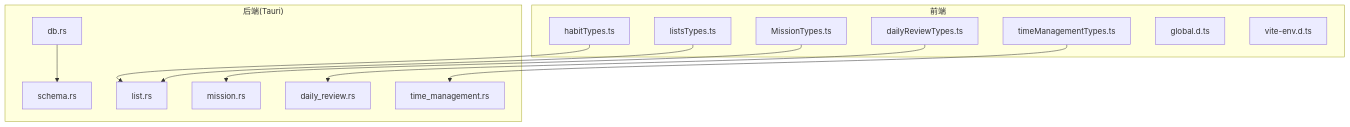
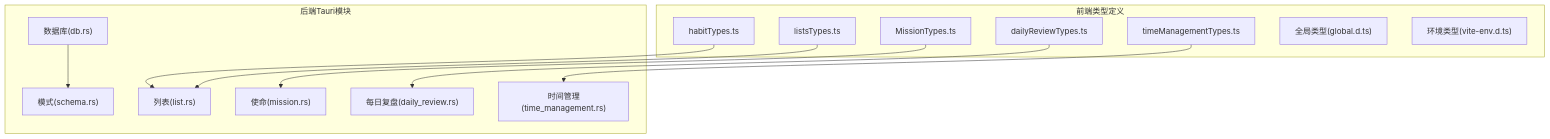
Before and after one commit to gzdxhujiale/FishWorker: the first of 2 diagrams in .qoder/repowiki/zh/content/API 参考文档/数据类型定义.md, drawn with Mermaid. The commit also changed other lines of this file and 51 other files, not shown here.

````diff
--- a/.qoder/repowiki/zh/content/API 参考文档/数据类型定义.md
+++ b/.qoder/repowiki/zh/content/API 参考文档/数据类型定义.md
@@ -38,26 +43,26 @@
 ```mermaid
 graph TB
-subgraph "前端"
+subgraph "前端类型定义"
 A["dailyReviewTypes.ts"]
 B["habitTypes.ts"]
 C["listsTypes.ts"]
 D["MissionTypes.ts"]
 E["timeManagementTypes.ts"]
-F["global.d.ts"]
-G["vite-env.d.ts"]
+F["全局类型(global.d.ts)"]
+G["环境类型(vite-env.d.ts)"]
 end
-subgraph "后端(Tauri)"
-H["db.rs"]
-I["schema.rs"]
-J["list.rs"]
-K["mission.rs"]
-L["daily_review.rs"]
-M["time_management.rs"]
+subgraph "后端Tauri模块"
+H["数据库(db.rs)"]
+I["模式(schema.rs)"]
+J["列表(list.rs)"]
+K["使命(mission.rs)"]
+L["每日复盘(daily_review.rs)"]
+M["时间管理(time_management.rs)"]
 end
 A --> L
 B --> J
 C --> J
 D --> K
 E --> M
 H --> I
 ```
````
